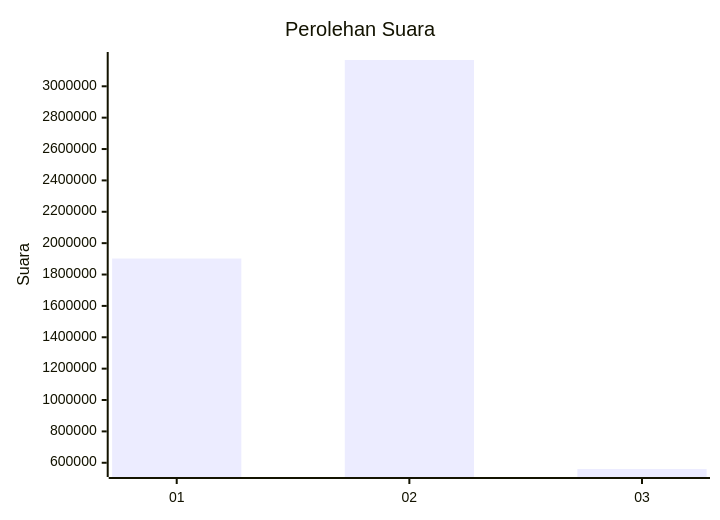
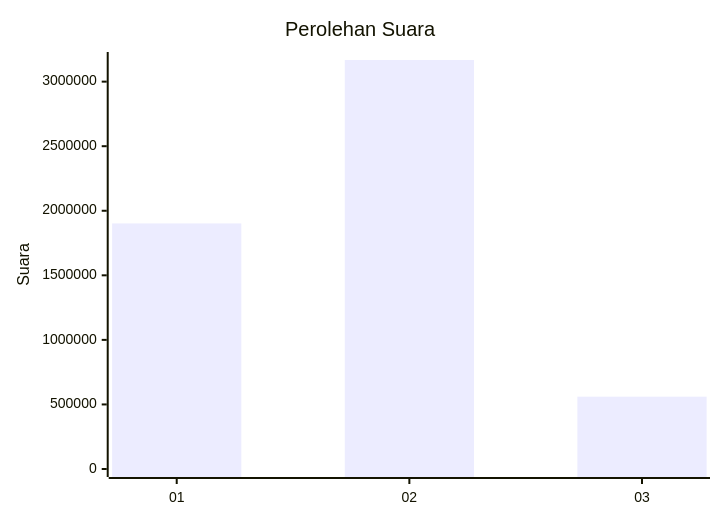
The first of 2 diagrams in pilpres/hitung-suara/sub/table-wilayah-36.md (gigit-pemilu/pemilu-2024), drawn with Mermaid before and after one commit. The commit also changed 42 other files, not shown here.

````diff
--- a/pilpres/hitung-suara/sub/table-wilayah-36.md
+++ b/pilpres/hitung-suara/sub/table-wilayah-36.md
@@ -7,7 +7,7 @@
 ```mermaid
 xychart-beta
     title "Perolehan Suara"
     x-axis [01, 02, 03]
-    y-axis "Suara"
+    y-axis "Suara" 0 --> 3167607
     bar [1902047, 3167607, 560277]
 ```
````
